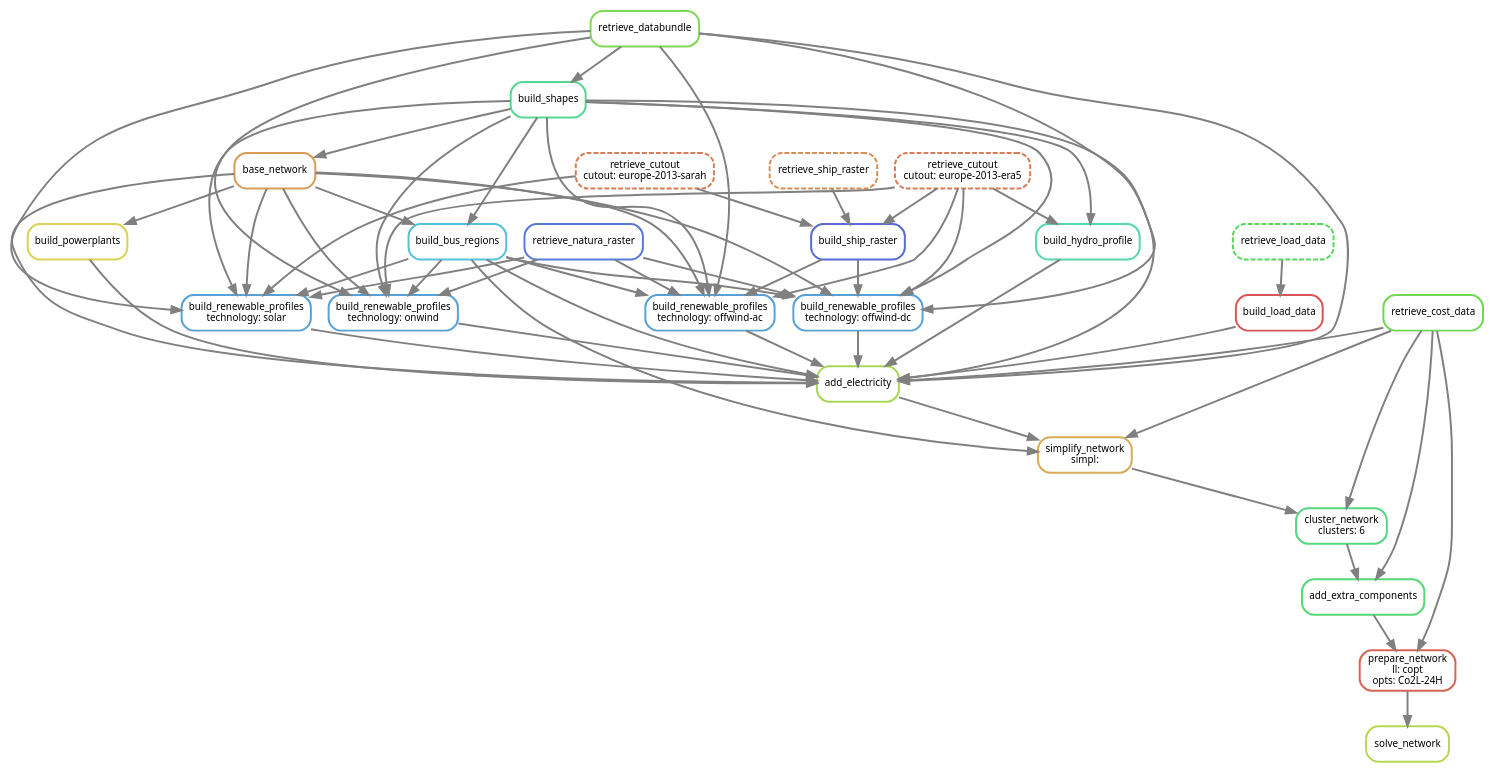
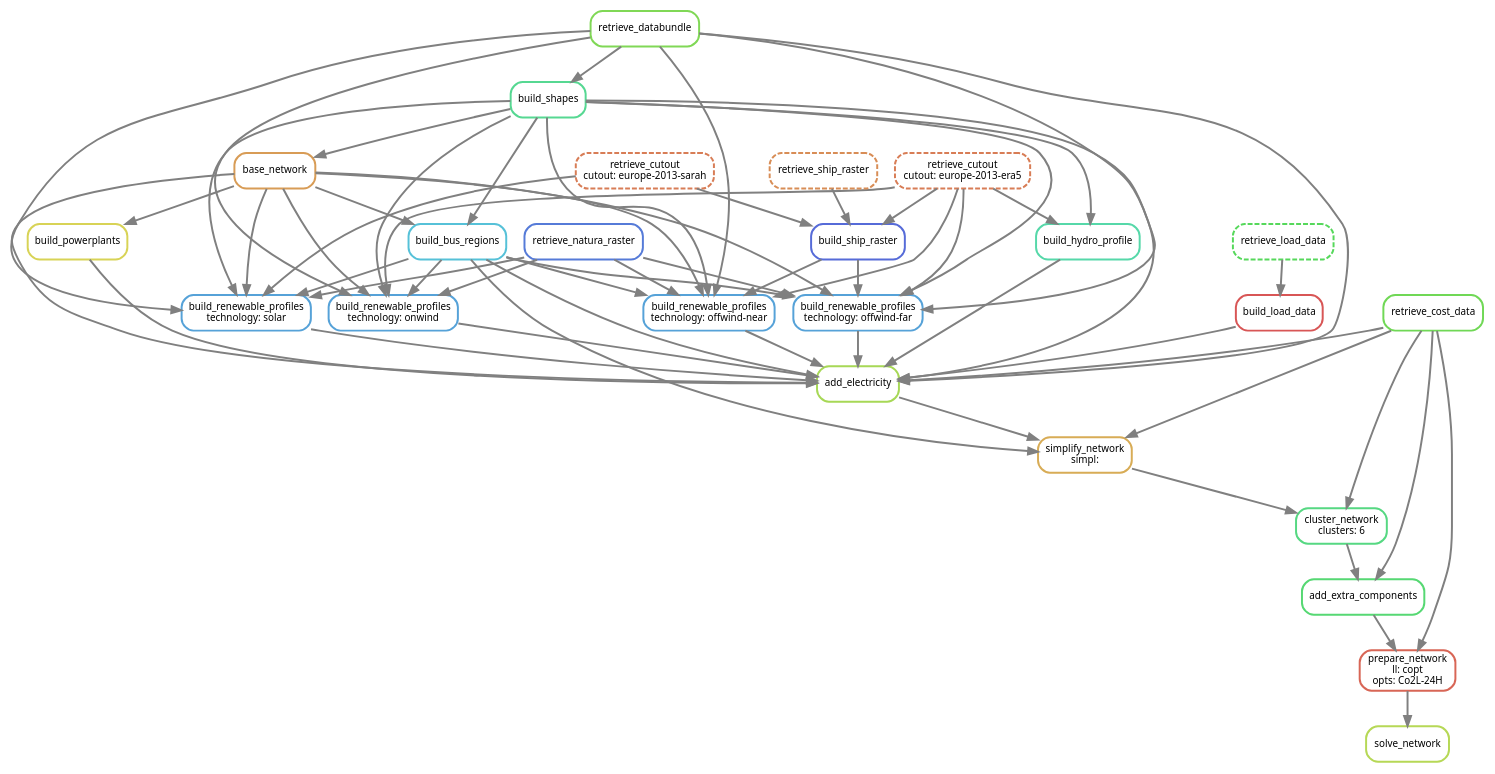
Before and after one commit to p-glaum/pypsa-eur: the diagram in doc/tutorial.rst, drawn with Graphviz. The commit also changed 16 other files, not shown here.

Commit message:
replace offwind ac/dc by near/far rewrite transmission constraint

```diff
--- a/doc/tutorial.rst
+++ b/doc/tutorial.rst
@@ -146,11 +146,11 @@
         10[label = "retrieve_natura_raster", color = "0.62 0.6 0.85", style="rounded"];
         11[label = "build_bus_regions", color = "0.53 0.6 0.85", style="rounded"];
         12[label = "retrieve_cutout\ncutout: europe-2013-era5", color = "0.05 0.6 0.85", style="rounded,dashed"];
-        13[label = "build_renewable_profiles\ntechnology: offwind-ac", color = "0.57 0.6 0.85", style="rounded"];
+        13[label = "build_renewable_profiles\ntechnology: offwind-near", color = "0.57 0.6 0.85", style="rounded"];
         14[label = "build_ship_raster", color = "0.64 0.6 0.85", style="rounded"];
         15[label = "retrieve_ship_raster", color = "0.07 0.6 0.85", style="rounded,dashed"];
         16[label = "retrieve_cutout\ncutout: europe-2013-sarah", color = "0.05 0.6 0.85", style="rounded,dashed"];
-        17[label = "build_renewable_profiles\ntechnology: offwind-dc", color = "0.57 0.6 0.85", style="rounded"];
+        17[label = "build_renewable_profiles\ntechnology: offwind-far", color = "0.57 0.6 0.85", style="rounded"];
         18[label = "build_renewable_profiles\ntechnology: solar", color = "0.57 0.6 0.85", style="rounded"];
         19[label = "build_hydro_profile", color = "0.44 0.6 0.85", style="rounded"];
         20[label = "retrieve_cost_data", color = "0.30 0.6 0.85", style="rounded"];
```
